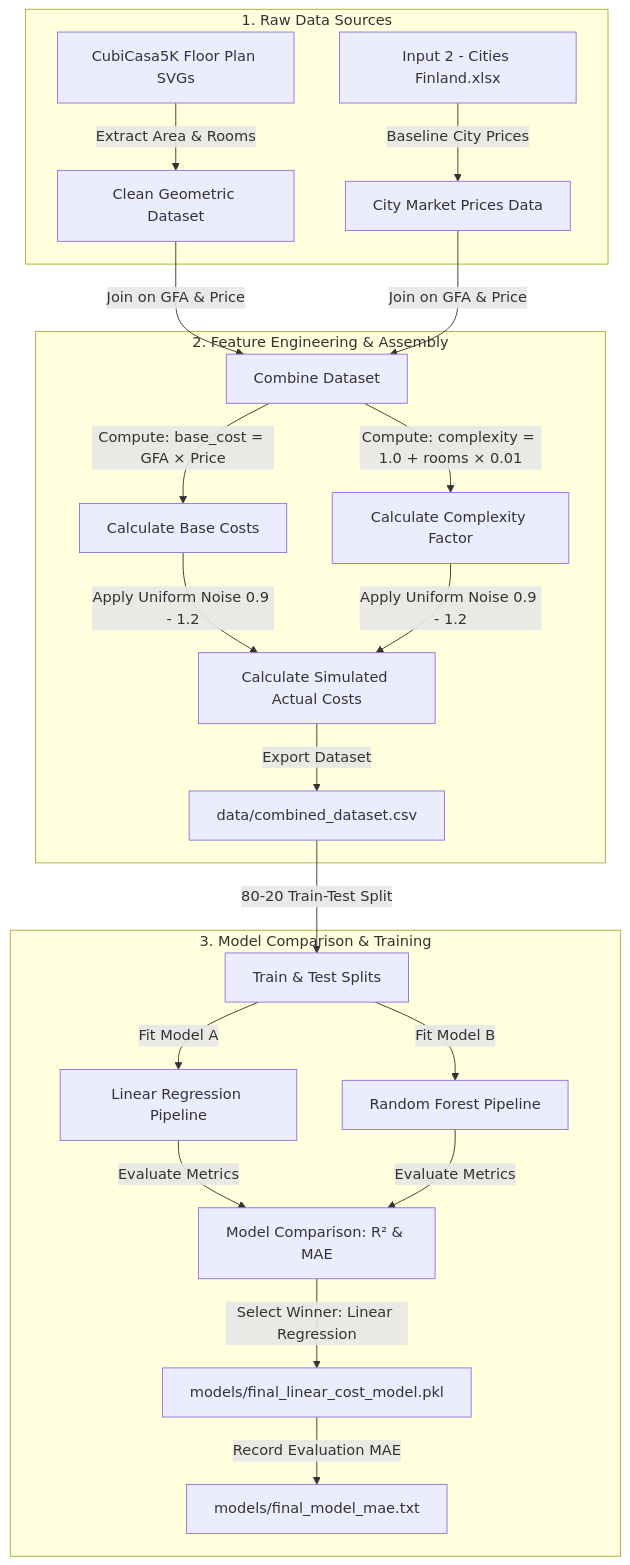
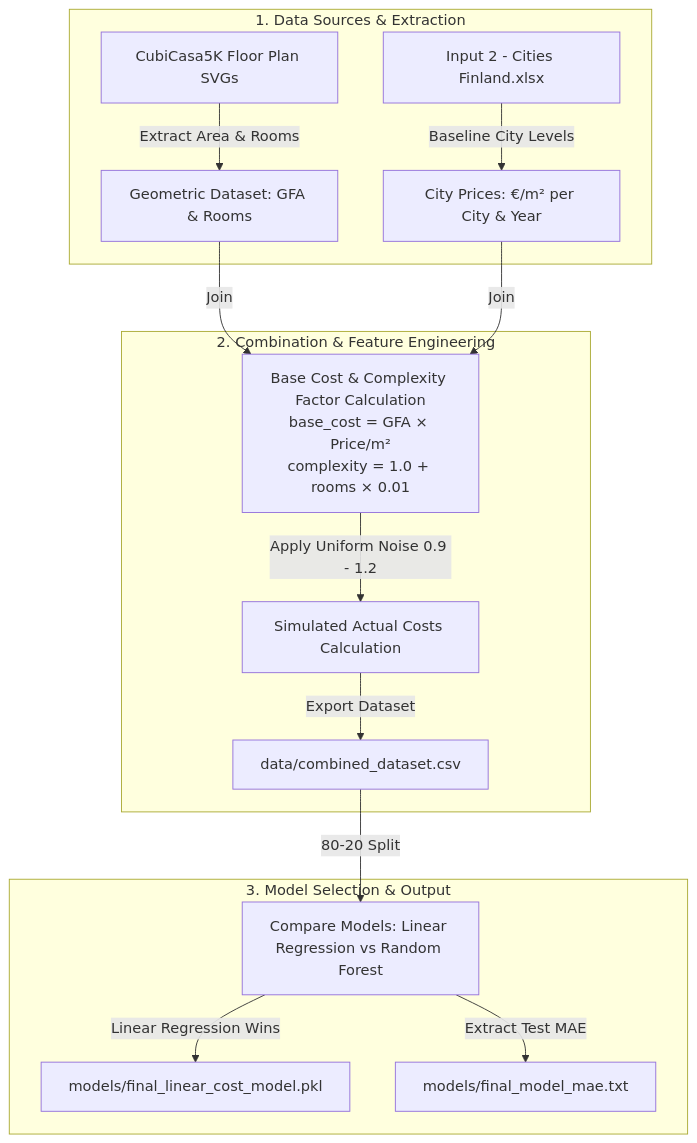
Before and after one commit to nuurrisya-artinamuti/sim-to-real-cost-predictor: the second of 2 diagrams in README.md, drawn with Mermaid.

Commit message:
docs: adjust flowchart data join and calculate box layout

````diff
--- a/README.md
+++ b/README.md
@@ -62,27 +62,20 @@
 ```mermaid
 flowchart TD
-    subgraph DataSources[1. Raw Data Sources]
-        CC5K[CubiCasa5K Floor Plan SVGs] -->|Extract Area & Rooms| GeomData[Clean Geometric Dataset]
-        Excel[Input 2 - Cities Finland.xlsx] -->|Baseline City Prices| PriceData[City Market Prices Data]
+    subgraph DataSources[1. Data Sources & Extraction]
+        CC5K[CubiCasa5K Floor Plan SVGs] -->|Extract Area & Rooms| GeomData[Geometric Dataset: GFA & Rooms]
+        Excel[Input 2 - Cities Finland.xlsx] -->|Baseline City Levels| CityPrices[City Prices: €/m² per City & Year]
     end
 
-    subgraph Assembly[2. Feature Engineering & Assembly]
-        GeomData -->|Join on GFA & Price| CombineData[Combine Dataset]
-        PriceData -->|Join on GFA & Price| CombineData
-        CombineData -->|Compute: base_cost = GFA × Price| CalcBase[Calculate Base Costs]
-        CombineData -->|Compute: complexity = 1.0 + rooms × 0.01| CalcComplexity[Calculate Complexity Factor]
-        CalcBase -->|Apply Uniform Noise 0.9 - 1.2| CalcActual[Calculate Simulated Actual Costs]
-        CalcComplexity -->|Apply Uniform Noise 0.9 - 1.2| CalcActual
-        CalcActual -->|Export Dataset| FinalCSV[data/combined_dataset.csv]
+    subgraph Assembly[2. Combination & Feature Engineering]
+        GeomData -->|Join| JoinBox[Base Cost & Complexity Factor Calculation<br>base_cost = GFA × Price/m²<br>complexity = 1.0 + rooms × 0.01]
+        CityPrices -->|Join| JoinBox
+        JoinBox -->|Apply Uniform Noise 0.9 - 1.2| CostCalc[Simulated Actual Costs Calculation]
+        CostCalc -->|Export Dataset| FinalCSV[data/combined_dataset.csv]
     end
 
-    subgraph Modeling[3. Model Comparison & Training]
-        FinalCSV -->|80-20 Train-Test Split| Splits[Train & Test Splits]
-        Splits -->|Fit Model A| LinearRegression[Linear Regression Pipeline]
-        Splits -->|Fit Model B| RandomForest[Random Forest Pipeline]
-        LinearRegression -->|Evaluate Metrics| Comparison[Model Comparison: R² & MAE]
-        RandomForest -->|Evaluate Metrics| Comparison
-        Comparison -->|Select Winner: Linear Regression| Winner[models/final_linear_cost_model.pkl]
-        Winner -->|Record Evaluation MAE| MAEFile[models/final_model_mae.txt]
+    subgraph Modeling[3. Model Selection & Output]
+        FinalCSV -->|80-20 Split| CompareModels[Compare Models: Linear Regression vs Random Forest]
+        CompareModels -->|Linear Regression Wins| Winner[models/final_linear_cost_model.pkl]
+        CompareModels -->|Extract Test MAE| MAEFile[models/final_model_mae.txt]
     end
 ```
````
